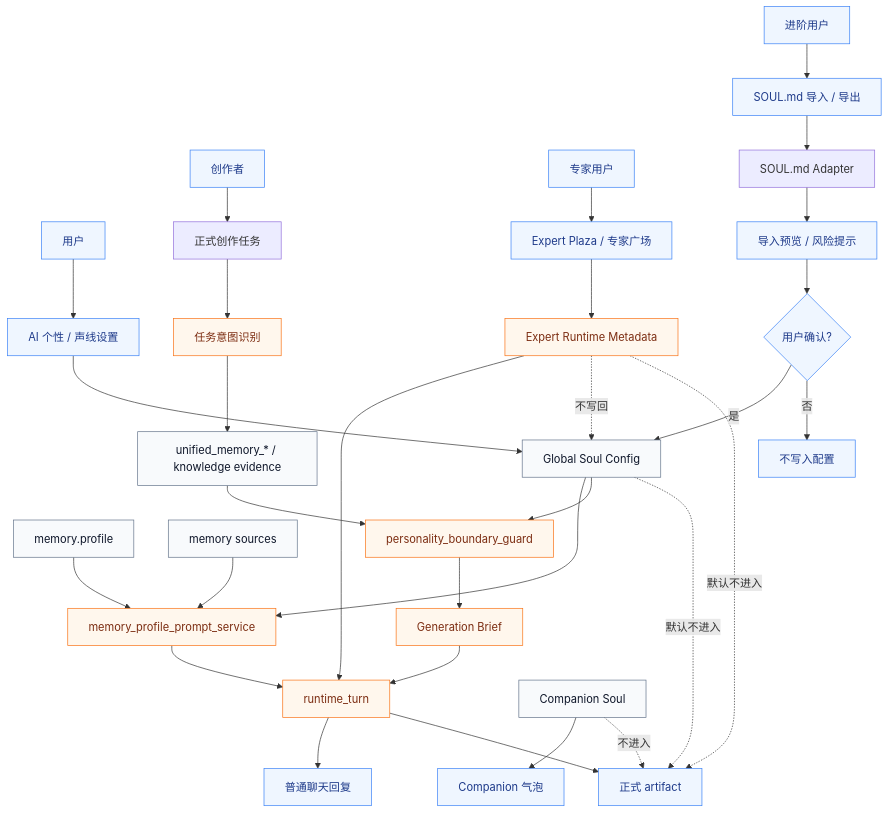
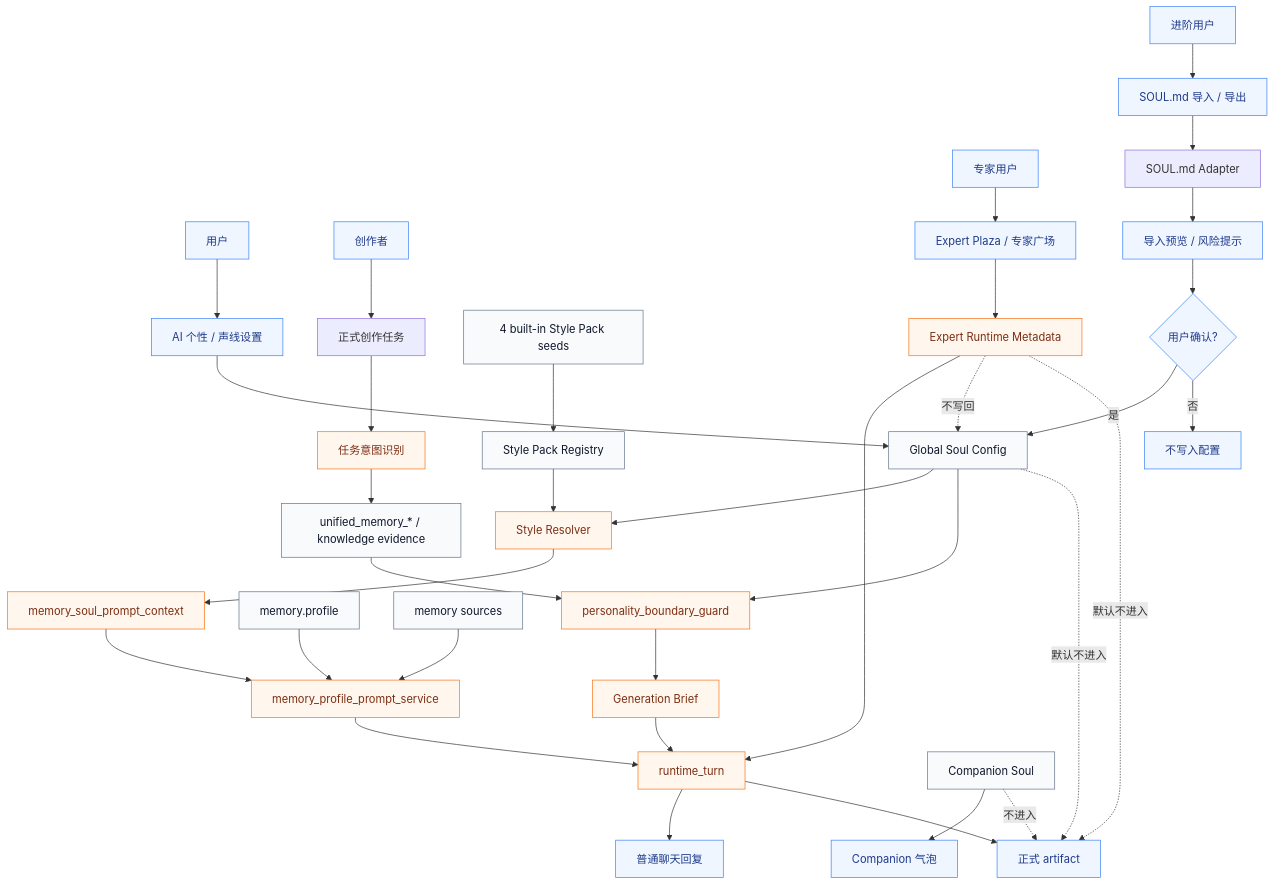
Before and after one commit to jiujuan/lime: the first of 10 diagrams in internal/roadmap/soul/diagrams.md, drawn with Mermaid. The commit also changed other lines of this file and 706 other files, not shown here.

````diff
--- a/internal/roadmap/soul/diagrams.md
+++ b/internal/roadmap/soul/diagrams.md
@@ -9,46 +9,50 @@
 ```mermaid
 flowchart TB
   User[用户] --> Settings[AI 个性 / 声线设置]
   Advanced[进阶用户] --> Import[SOUL.md 导入 / 导出]
   Creator[创作者] --> Create[正式创作任务]
   ExpertUser[专家用户] --> ExpertPlaza[Expert Plaza / 专家广场]
 
   Settings --> SoulConfig[Global Soul Config]
+  SoulConfig --> StyleResolver[Style Resolver]
+  BuiltInStyles[4 built-in Style Pack seeds] --> StyleRegistry[Style Pack Registry]
+  StyleRegistry --> StyleResolver
+  StyleResolver --> StyleContext[memory_soul_prompt_context]
   Import --> Adapter[SOUL.md Adapter]
   Adapter --> Preview[导入预览 / 风险提示]
   Preview --> Confirm{用户确认?}
   Confirm -- 是 --> SoulConfig
   Confirm -- 否 --> Drop[不写入配置]
 
-  SoulConfig --> PromptService[memory_profile_prompt_service]
+  StyleContext --> PromptService[memory_profile_prompt_service]
   MemoryProfile[memory.profile] --> PromptService
   MemorySources[memory sources] --> PromptService
   PromptService --> RuntimeTurn[runtime_turn]
   RuntimeTurn --> Chat[普通聊天回复]
 
   ExpertPlaza --> ExpertMeta[Expert Runtime Metadata]
   ExpertMeta --> RuntimeTurn
   ExpertMeta -.不写回.-> SoulConfig
 
   Create --> Intent[任务意图识别]
   Intent --> Unified[unified_memory_* / knowledge evidence]
   SoulConfig --> Guard[personality_boundary_guard]
   Unified --> Guard
   Guard --> Brief[Generation Brief]
   Brief --> RuntimeTurn
   RuntimeTurn --> Artifact[正式 artifact]
 
   Companion[Companion Soul] --> Bubble[Companion 气泡]
   Companion -.不进入.-> Artifact
   SoulConfig -.默认不进入.-> Artifact
   ExpertMeta -.默认不进入.-> Artifact
 
   classDef product fill:#EFF6FF,stroke:#3B82F6,color:#1E3A8A;
   classDef runtime fill:#FFF7ED,stroke:#F97316,color:#7C2D12;
   classDef store fill:#F8FAFC,stroke:#64748B,color:#0F172A;
   classDef guard fill:#FDF2F8,stroke:#DB2777,color:#831843;
 
   class User,Advanced,Creator,ExpertUser,Settings,Import,Preview,Confirm,Drop,Chat,Artifact,Bubble,ExpertPlaza product;
-  class PromptService,RuntimeTurn,Intent,Guard,Brief,ExpertMeta runtime;
-  class SoulConfig,MemoryProfile,MemorySources,Unified,Companion store;
+  class PromptService,RuntimeTurn,Intent,Guard,Brief,ExpertMeta,StyleResolver,StyleContext runtime;
+  class SoulConfig,MemoryProfile,MemorySources,Unified,Companion,StyleRegistry,BuiltInStyles store;
 ```
````
